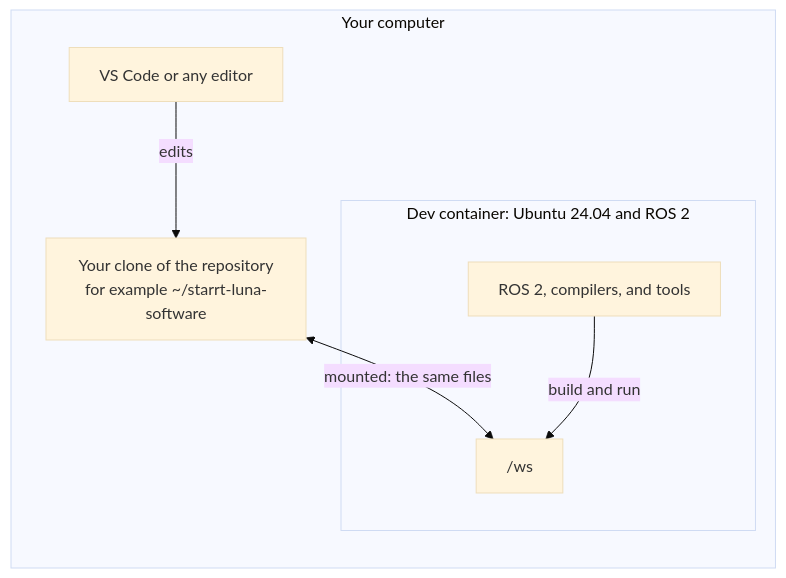
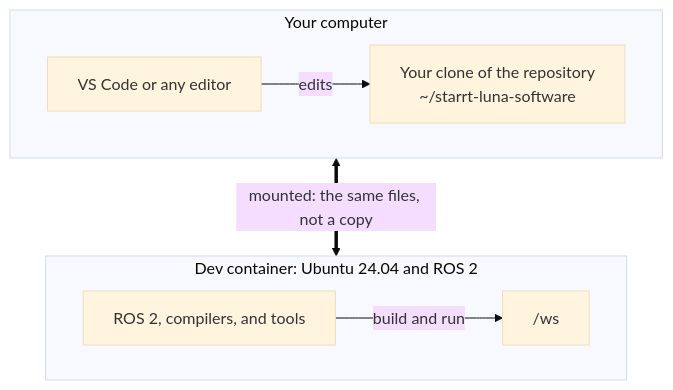
One commit to STAR-Robotics-Team/starrt-luna-software changed the diagram in docs/learn/containers.md. Above: the diagram before and after it, drawn with Mermaid (base theme). The commit also changed 1 other file, not shown here.

Commit message:
Clarify the mount and branch diagrams
The mount diagram nested the container inside the computer, which made
the mount link merge with other arrows. It now shows the computer and
the container as two boxes joined by one thick link between your clone
and /ws. The branch diagram's commit labels are now horizontal.

````diff
--- a/docs/learn/containers.md
+++ b/docs/learn/containers.md
@@ -71,14 +71,12 @@
 ```mermaid
-flowchart LR
+flowchart TB
   subgraph computer["Your computer"]
-    clone["Your clone of the repository<br/>for example ~/starrt-luna-software"]
-    editor["VS Code or any editor"]
-    subgraph container["Dev container: Ubuntu 24.04 and ROS 2"]
-      ws["/ws"]
-      tools["ROS 2, compilers, and tools"]
-    end
+    direction LR
+    editor["VS Code or any editor"] -- "edits" --> clone["Your clone of the repository<br/>~/starrt-luna-software"]
   end
-  editor -- "edits" --> clone
-  clone <-->|"mounted: the same files"| ws
-  tools -- "build and run" --> ws
+  subgraph container["Dev container: Ubuntu 24.04 and ROS 2"]
+    direction LR
+    tools["ROS 2, compilers, and tools"] -- "build and run" --> ws["/ws"]
+  end
+  clone <== "mounted: the same files, not a copy" ==> ws
 ```
````
